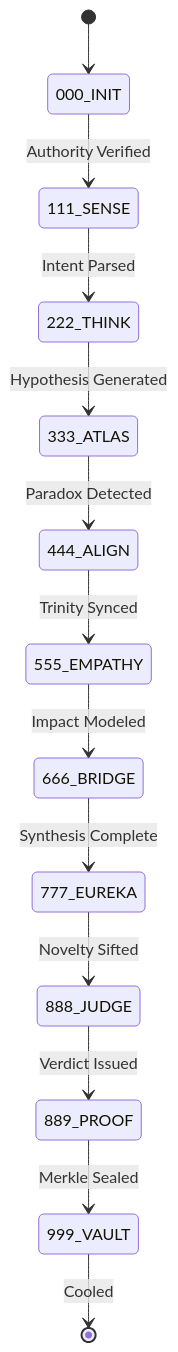
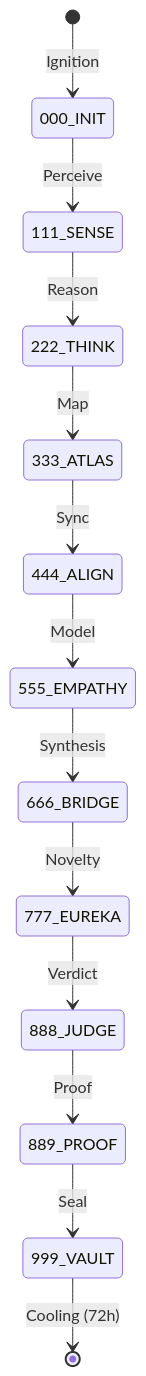
Before and after one commit to ariffazil/arifos: the second of 3 diagrams in README.md, drawn with Mermaid. The commit also changed other lines of this file and 1 other file, not shown here.

Commit message:
docs: forge final canonical README with Trinity visual and PDF reference

````diff
--- a/README.md
+++ b/README.md
@@ -99,15 +99,15 @@
 ```mermaid
 stateDiagram-v2
-    [*] --> 000_INIT
-    000_INIT --> 111_SENSE: Authority Verified
-    111_SENSE --> 222_THINK: Intent Parsed
-    222_THINK --> 333_ATLAS: Hypothesis Generated
-    333_ATLAS --> 444_ALIGN: Paradox Detected
-    444_ALIGN --> 555_EMPATHY: Trinity Synced
-    555_EMPATHY --> 666_BRIDGE: Impact Modeled
-    666_BRIDGE --> 777_EUREKA: Synthesis Complete
-    777_EUREKA --> 888_JUDGE: Novelty Sifted
-    888_JUDGE --> 889_PROOF: Verdict Issued
-    889_PROOF --> 999_VAULT: Merkle Sealed
-    999_VAULT --> [*]: Cooled
+    [*] --> 000_INIT: Ignition
+    000_INIT --> 111_SENSE: Perceive
+    111_SENSE --> 222_THINK: Reason
+    222_THINK --> 333_ATLAS: Map
+    333_ATLAS --> 444_ALIGN: Sync
+    444_ALIGN --> 555_EMPATHY: Model
+    555_EMPATHY --> 666_BRIDGE: Synthesis
+    666_BRIDGE --> 777_EUREKA: Novelty
+    777_EUREKA --> 888_JUDGE: Verdict
+    888_JUDGE --> 889_PROOF: Proof
+    889_PROOF --> 999_VAULT: Seal
+    999_VAULT --> [*]: Cooling (72h)
 ```
````
